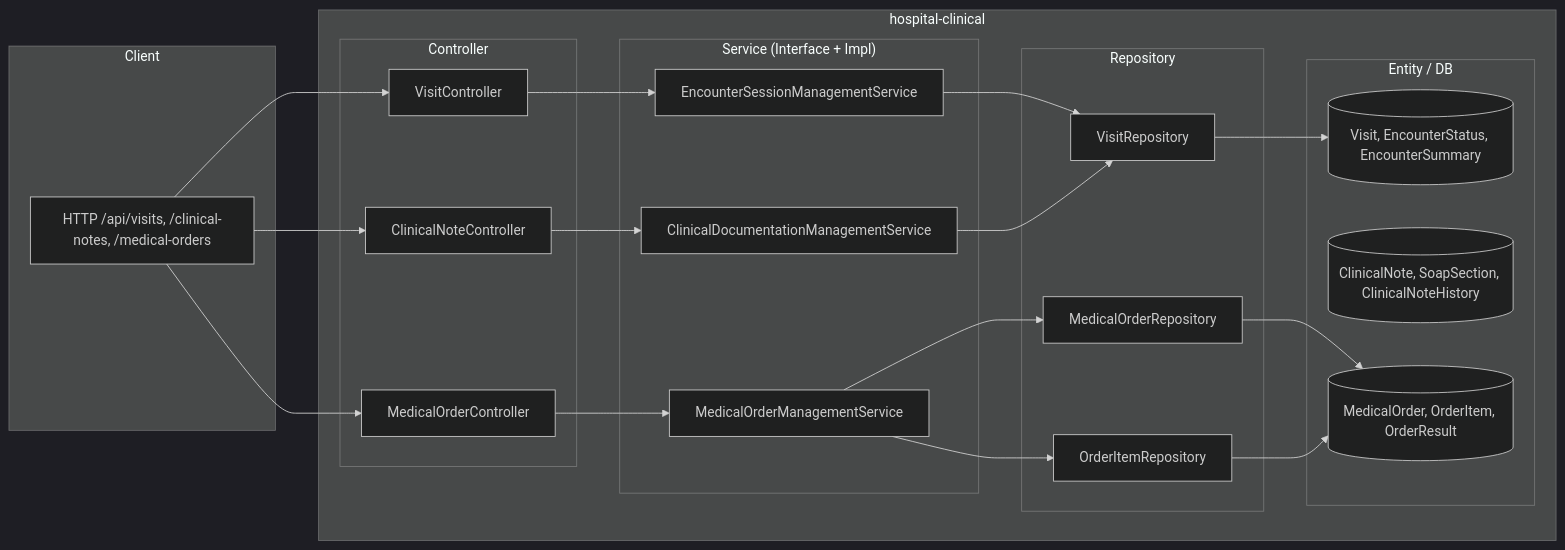
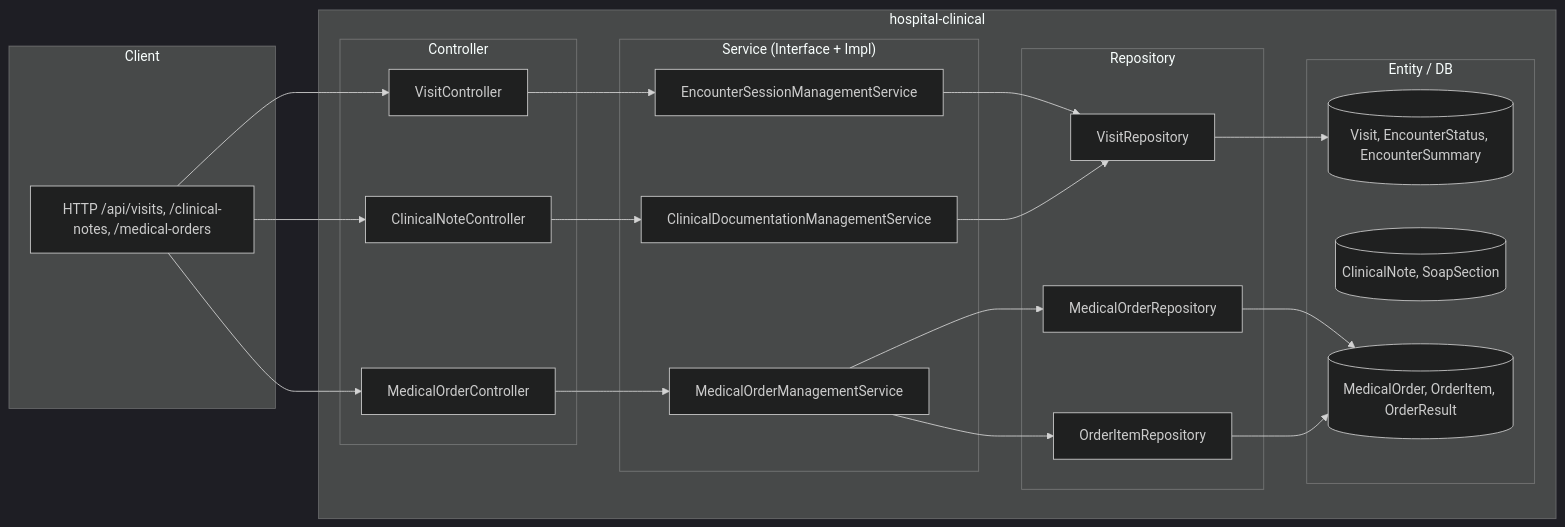
One commit to JinjuSeoulIT/ClinicalService changed the second of 2 diagrams in docs/backend-structure-diagram.md. Above: the diagram before and after it, drawn with Mermaid (dark theme). The commit also changed other lines of this file and 49 other files, not shown here.

````diff
--- a/docs/backend-structure-diagram.md
+++ b/docs/backend-structure-diagram.md
@@ -47,43 +47,43 @@
 ```mermaid
 flowchart LR
     subgraph Client
         API["HTTP /api/visits, /clinical-notes, /medical-orders"]
     end
 
     subgraph Backend["hospital-clinical"]
         subgraph Layer1["Controller"]
             C1[VisitController]
             C2[ClinicalNoteController]
             C3[MedicalOrderController]
         end
 
         subgraph Layer2["Service (Interface + Impl)"]
             S1[EncounterSessionManagementService]
             S2[ClinicalDocumentationManagementService]
             S3[MedicalOrderManagementService]
         end
 
         subgraph Layer3["Repository"]
             R1[VisitRepository]
             R2[MedicalOrderRepository]
             R3[OrderItemRepository]
         end
 
         subgraph Layer4["Entity / DB"]
             E1[(Visit, EncounterStatus, EncounterSummary)]
-            E2[(ClinicalNote, SoapSection, ClinicalNoteHistory)]
+            E2[(ClinicalNote, SoapSection)]
             E3[(MedicalOrder, OrderItem, OrderResult)]
         end
     end
 
     API --> C1 & C2 & C3
     C1 --> S1
     C2 --> S2
     C3 --> S3
     S1 --> R1
     S2 --> R1
     S3 --> R2 & R3
     R1 --> E1
     R2 --> E3
     R3 --> E3
 ```
````
